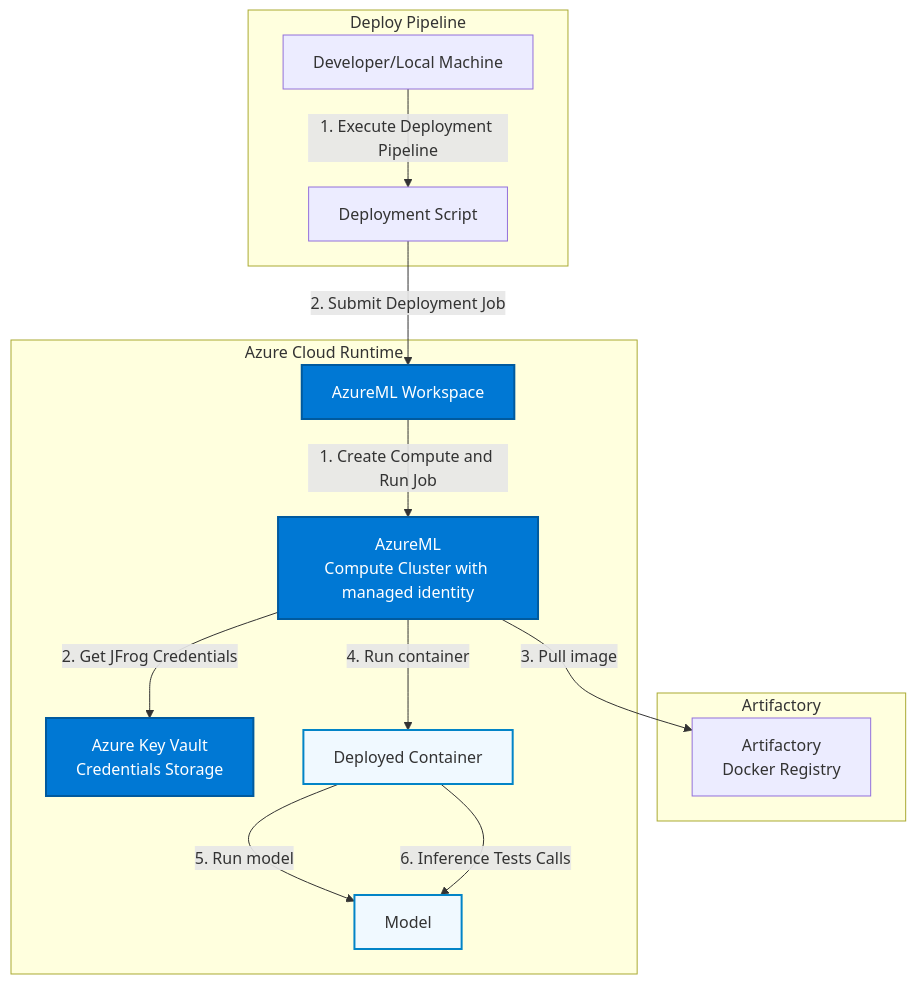
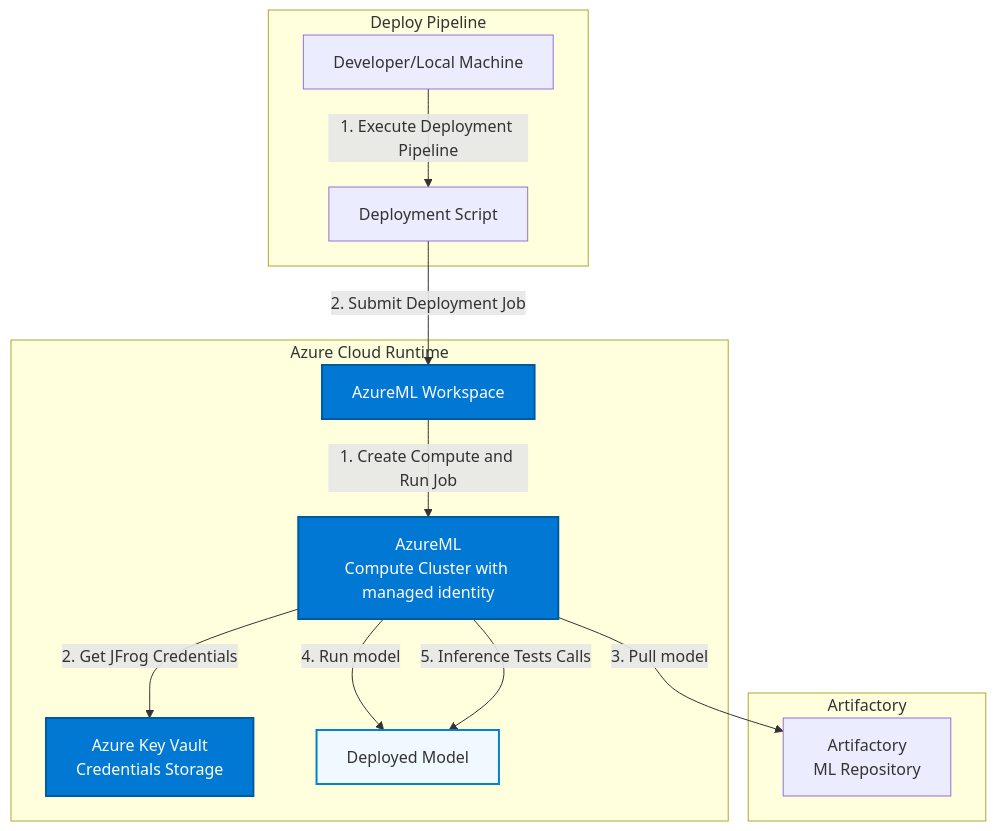
The second of 4 diagrams in README.md (jfrog/JFrog-AzureML-integration), drawn with Mermaid before and after one commit. The commit also changed other lines of this file, not shown here.

Commit message:
Refactor README.md to update deployment terminology and add a new deployment and inference sequence diagram, enhancing clarity on the process flow.

````diff
--- a/README.md
+++ b/README.md
@@ -83,41 +83,39 @@
 ```mermaid
 graph TB
     subgraph "Deploy Pipeline"
         DeploymentDev[Developer/Local Machine]
         DeployPipelineScript[Deployment Script]
     end
     subgraph "Artifactory"
-        ArtifactoryDocker2[Artifactory<br/>Docker Registry]
+        ArtifactoryML[Artifactory<br/>ML Repository]
     end
     subgraph "Azure Cloud Runtime"
         KV[Azure Key Vault<br/>Credentials Storage]
         AML[AzureML Workspace]
         Compute[AzureML<br/>Compute Cluster with managed identity]
-        Container[Deployed Container]
-        Model[Model]      
+        Model[Deployed Model]
 
     end
 
     %% Deployment Phase Flow
     DeploymentDev -->|1. Execute Deployment Pipeline| DeployPipelineScript
     DeployPipelineScript -->|2. Submit Deployment Job| AML
 
     %% Runtime Phase Flow
     AML -->|1. Create Compute and Run Job| Compute
     Compute -->|2. Get JFrog Credentials| KV
-    Compute -->|3. Pull image| ArtifactoryDocker2
-    Compute -->|4. Run container| Container
-    Container -->|5. Run model| Model
-    Container -->|6. Inference Tests Calls| Model    
+    Compute -->|3. Pull model| ArtifactoryML
+    Compute -->|4. Run model| Model
+    Compute -->|5. Inference Tests Calls| Model    
 
     %% Styling
     classDef Deploy Pipeline fill:#e1f5ff,stroke:#01579b,stroke-width:2px
     classDef azure fill:#0078d4,stroke:#005a9e,stroke-width:2px,color:#fff
     classDef artifactory fill:#40a9ff,stroke:#096dd9,stroke-width:2px
     classDef runtime fill:#f0f9ff,stroke:#0284c7,stroke-width:2px
 
     class DeploymentDev,DeployPipelineScript,Deploy Pipeline
     class KV,AML,Compute,MI azure
     class Container,TrainScript,ArtifactoryHelper,Model runtime
 
 ```
````
